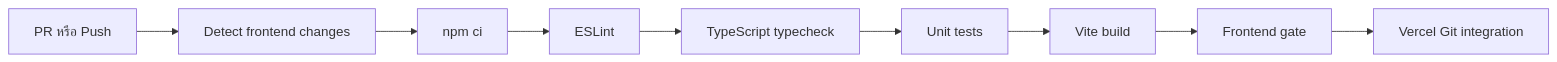
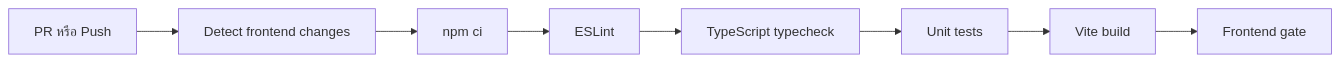
The second of 2 diagrams in doc/V1/CICD/petpinyo-cicd.md (lillianxhub/freelance-hub), drawn with Mermaid before and after one commit. The commit also changed other lines of this file and 4 other files, not shown here.

````diff
--- a/doc/V1/CICD/petpinyo-cicd.md
+++ b/doc/V1/CICD/petpinyo-cicd.md
@@ -42,11 +45,10 @@
 ```mermaid
 flowchart LR
     A[PR หรือ Push] --> B[Detect frontend changes]
     B --> C[npm ci]
     C --> D[ESLint]
     D --> E[TypeScript typecheck]
     E --> F[Unit tests]
     F --> G[Vite build]
     G --> H[Frontend gate]
-    H --> I[Vercel Git integration]
 ```
````
